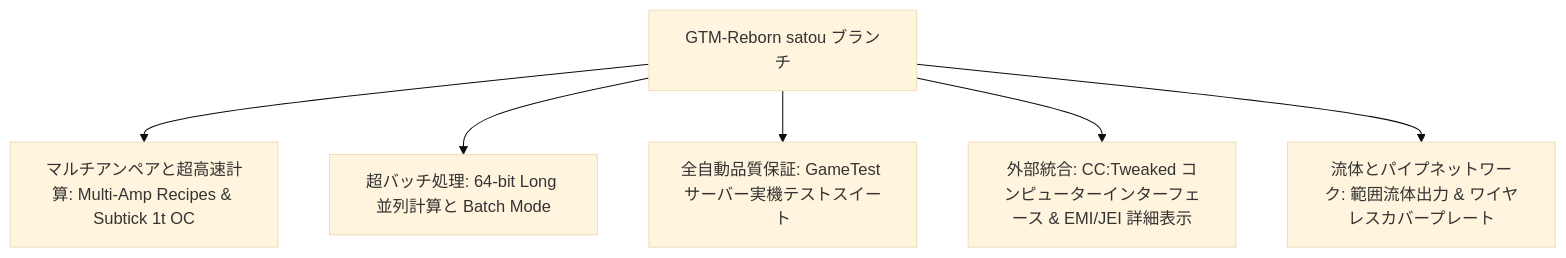
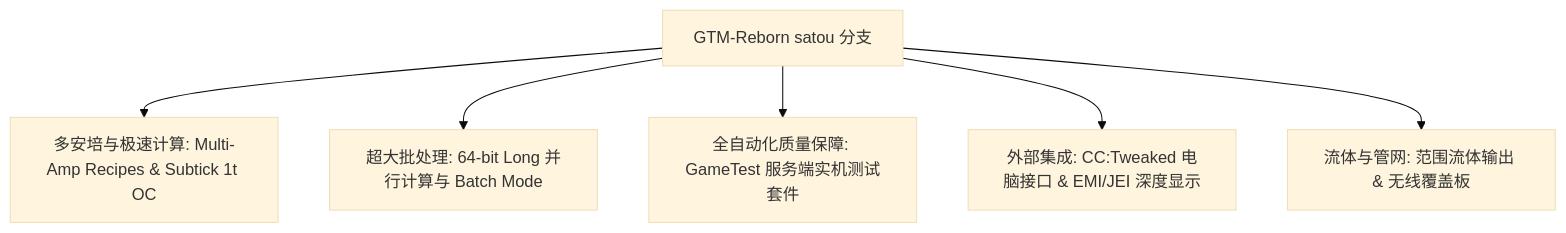
One commit to takanashisatou/GregtechEasy changed the diagram in docs/ja/gtm-reborn/index.md. Above: the diagram before and after it, drawn with Mermaid (base theme). The commit also changed other lines of this file and 144 other files, not shown here.

````diff
--- a/docs/ja/gtm-reborn/index.md
+++ b/docs/ja/gtm-reborn/index.md
@@ -11,8 +11,8 @@
 ```mermaid
 graph TD
-    A[GTM-Reborn satou ブランチ] --> B[マルチアンペアと超高速計算: Multi-Amp Recipes & Subtick 1t OC]
-    A --> C[超バッチ処理: 64-bit Long 並列計算と Batch Mode]
-    A --> D[全自動品質保証: GameTest サーバー実機テストスイート]
-    A --> E[外部統合: CC:Tweaked コンピューターインターフェース & EMI/JEI 詳細表示]
-    A --> F[流体とパイプネットワーク: 範囲流体出力 & ワイヤレスカバープレート]
+    A[GTM-Reborn satou 分支] --> B[多安培与极速计算: Multi-Amp Recipes & Subtick 1t OC]
+    A --> C[超大批处理: 64-bit Long 并行计算与 Batch Mode]
+    A --> D[全自动化质量保障: GameTest 服务端实机测试套件]
+    A --> E[外部集成: CC:Tweaked 电脑接口 & EMI/JEI 深度显示]
+    A --> F[流体与管网: 范围流体输出 & 无线覆盖板]
 ```
````
